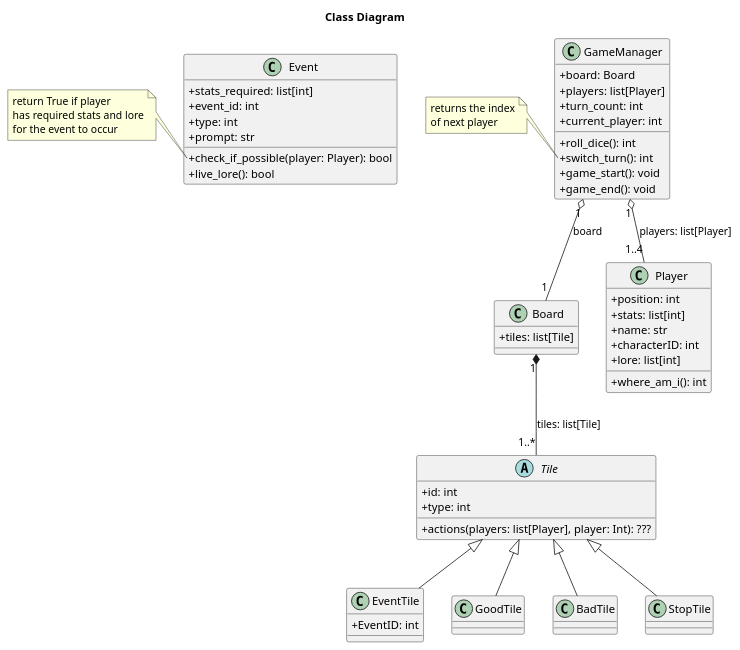
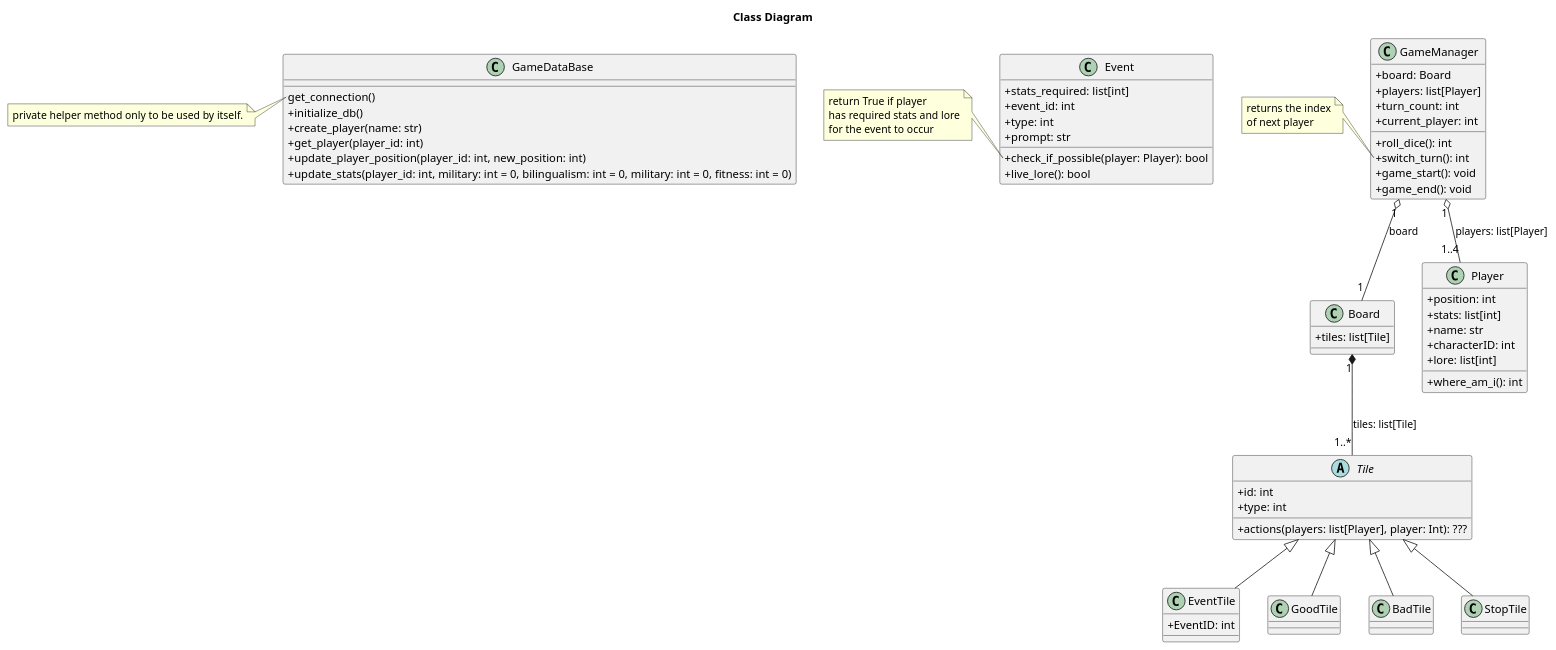
The diagram in diagrams/class_diagram.puml (CSE-362-2025/BoardGameProject), drawn with PlantUML before and after one commit. The commit also changed 1 other file, not shown here.

Commit message:
updated class diagram to include GameDataBase

```diff
--- a/diagrams/class_diagram.puml
+++ b/diagrams/class_diagram.puml
@@ -1,83 +1,95 @@
 @startuml class_diagram
 title "Class Diagram"
 ' skinparam shadowing false
 skinparam classAttributeIconSize 0
+
+class GameDataBase {
+    get_connection()
+    +initialize_db()
+    +create_player(name: str)
+    +get_player(player_id: int)
+    +update_player_position(player_id: int, new_position: int)
+    +update_stats(player_id: int, military: int = 0, bilingualism: int = 0, military: int = 0, fitness: int = 0)
+}
+note left of GameDataBase::get_connection
+private helper method only to be used by itself.
+end note
 
 class Board {
     +tiles: list[Tile]
 }
 Board "1" *-- "1..*" Tile: tiles: list[Tile]
 
 abstract class Tile {
     +id: int
     +type: int
     +actions(players: list[Player], player: Int): ???
 }
 
 class EventTile {
     +EventID: int
 }
 
 class GoodTile {
 
 }
 
 class BadTile {
 
 }
 
 class StopTile {
 
 }
 
 Tile <|-- EventTile
 Tile <|-- StopTile
 Tile <|-- GoodTile
 Tile <|-- BadTile
 
 class Player {
     +position: int
     +stats: list[int]
     +name: str
     +characterID: int
     +lore: list[int]
 
     ' getter for Player:position
     +where_am_i(): int
 }
 
 class Event {
     +stats_required: list[int]
     +event_id: int
     +type: int
     +prompt: str
     ' check if already encountered this event
     +check_if_possible(player: Player): bool
     ' activate this event, return True if successful
     +live_lore(): bool
 }
 note left of Event::check_if_possible
 return True if player
 has required stats and lore
 for the event to occur
 end note
 
 class GameManager {
     +board: Board
     +players: list[Player]
     +turn_count: int
     +current_player: int
     +roll_dice(): int
     +switch_turn(): int
     +game_start(): void
     +game_end(): void
 }
 note left of GameManager::switch_turn
 returns the index
 of next player
 end note
 GameManager "1" o-- "1..4" Player: players: list[Player]
 GameManager "1" o-- "1" Board: board
 
 
 @enduml
```
